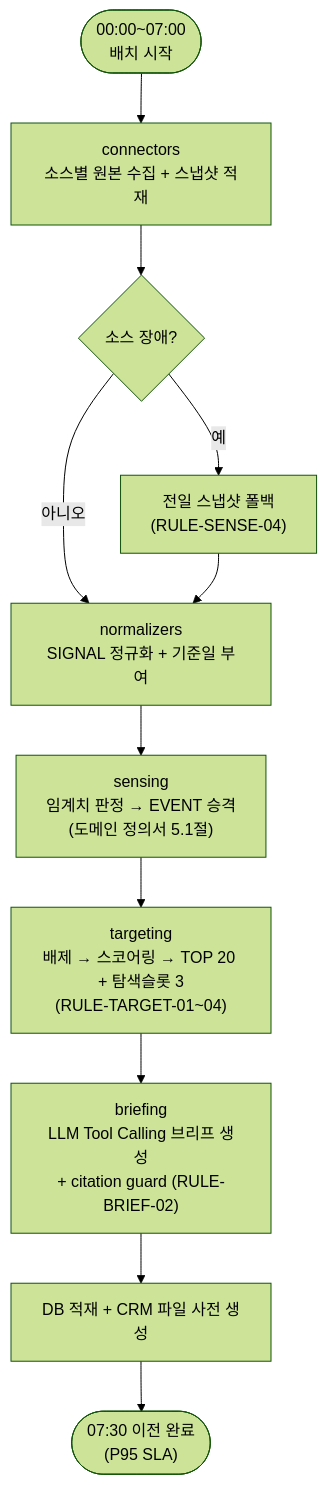
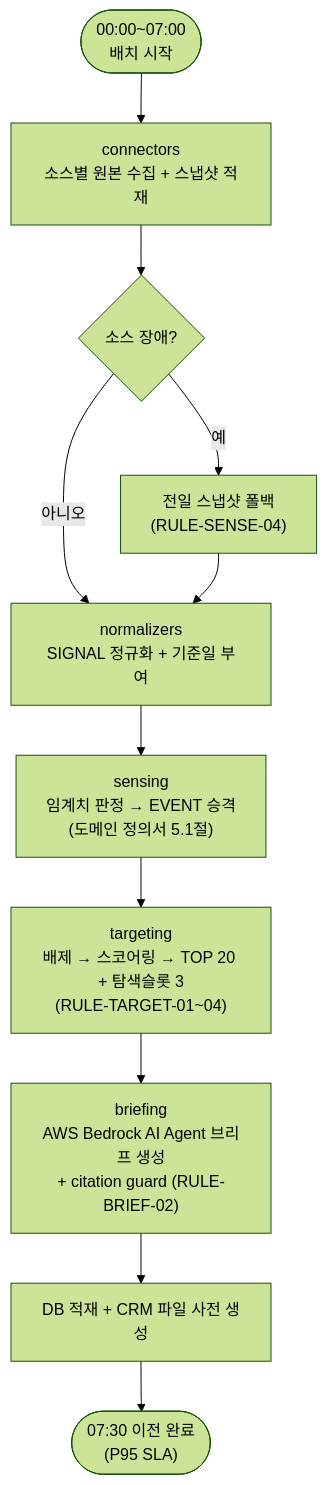
Before and after one commit to puen27/C-MAKER: the second of 3 diagrams in docs/5-arch-diagram.md, drawn with Mermaid (forest theme). The commit also changed other lines of this file and 8 other files, not shown here.

````diff
--- a/docs/5-arch-diagram.md
+++ b/docs/5-arch-diagram.md
@@ -67,13 +69,13 @@
 ```mermaid
 flowchart TB
     Start(["00:00~07:00<br/>배치 시작"]) --> Conn["connectors<br/>소스별 원본 수집 + 스냅샷 적재"]
     Conn --> Fail{"소스 장애?"}
     Fail -- "예" --> Fallback["전일 스냅샷 폴백<br/>(RULE-SENSE-04)"]
     Fail -- "아니오" --> Norm
     Fallback --> Norm["normalizers<br/>SIGNAL 정규화 + 기준일 부여"]
     Norm --> Sense["sensing<br/>임계치 판정 → EVENT 승격<br/>(도메인 정의서 5.1절)"]
     Sense --> Target["targeting<br/>배제 → 스코어링 → TOP 20 + 탐색슬롯 3<br/>(RULE-TARGET-01~04)"]
-    Target --> Brief["briefing<br/>LLM Tool Calling 브리프 생성<br/>+ citation guard (RULE-BRIEF-02)"]
+    Target --> Brief["briefing<br/>AWS Bedrock AI Agent 브리프 생성<br/>+ citation guard (RULE-BRIEF-02)"]
     Brief --> Persist["DB 적재 + CRM 파일 사전 생성"]
     Persist --> Done(["07:30 이전 완료<br/>(P95 SLA)"])
 ```
````
